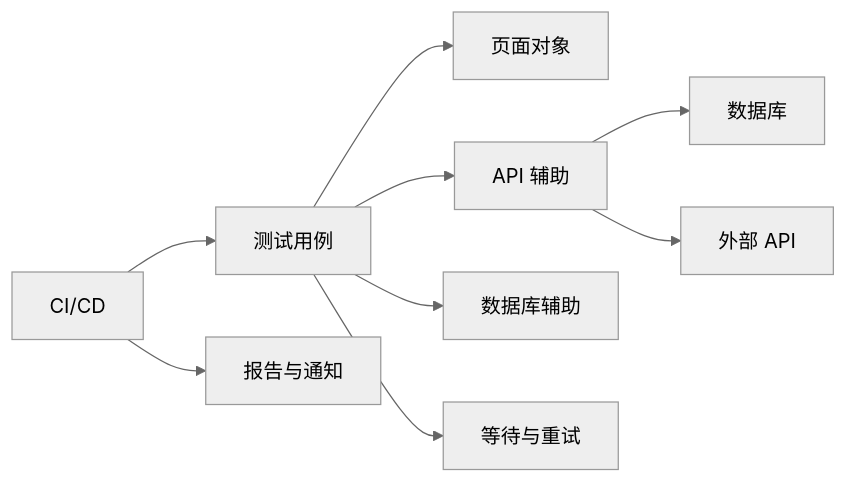
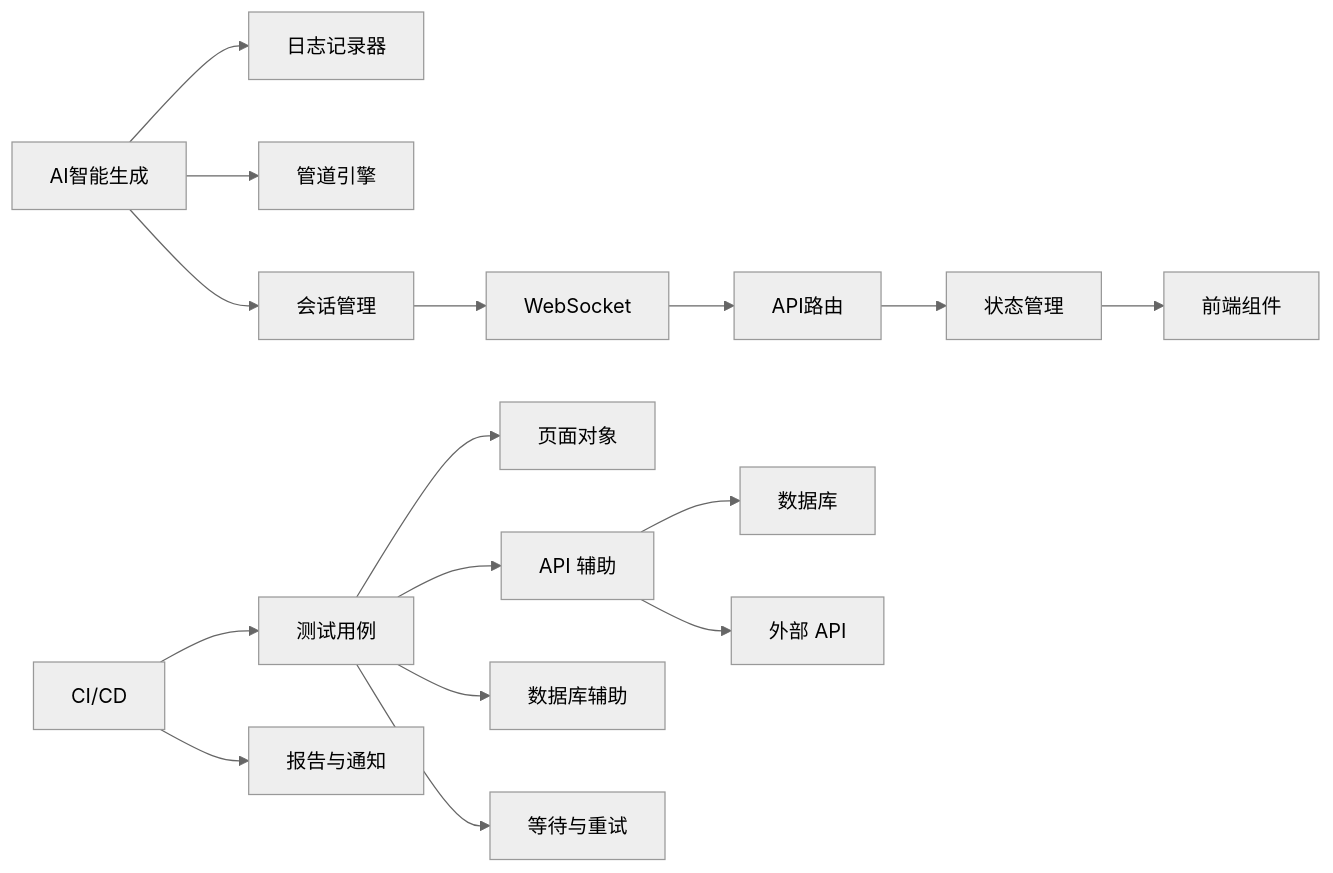
Before and after one commit to zzgoviziwind/--playwright: the seventh of 7 diagrams in .qoder/repowiki/zh/content/部署和运维/监控和维护.md, drawn with Mermaid (neutral theme). The commit also changed other lines of this file and 112 other files, not shown here.

````diff
--- a/.qoder/repowiki/zh/content/部署和运维/监控和维护.md
+++ b/.qoder/repowiki/zh/content/部署和运维/监控和维护.md
@@ -324,11 +514,18 @@
 ```mermaid
 graph LR
 Spec["测试用例"] --> Page["页面对象"]
 Spec --> UtilA["API 辅助"]
 Spec --> UtilD["数据库辅助"]
 Spec --> UtilW["等待与重试"]
 UtilA --> DB["数据库"]
 UtilA --> API["外部 API"]
+AI["AI智能生成"] --> Logger["日志记录器"]
+AI --> Pipeline["管道引擎"]
+AI --> Session["会话管理"]
+Session --> WS["WebSocket"]
+WS --> Routes["API路由"]
+Routes --> Store["状态管理"]
+Store --> UI["前端组件"]
 CI["CI/CD"] --> Spec
 CI --> Report["报告与通知"]
 ```
````
